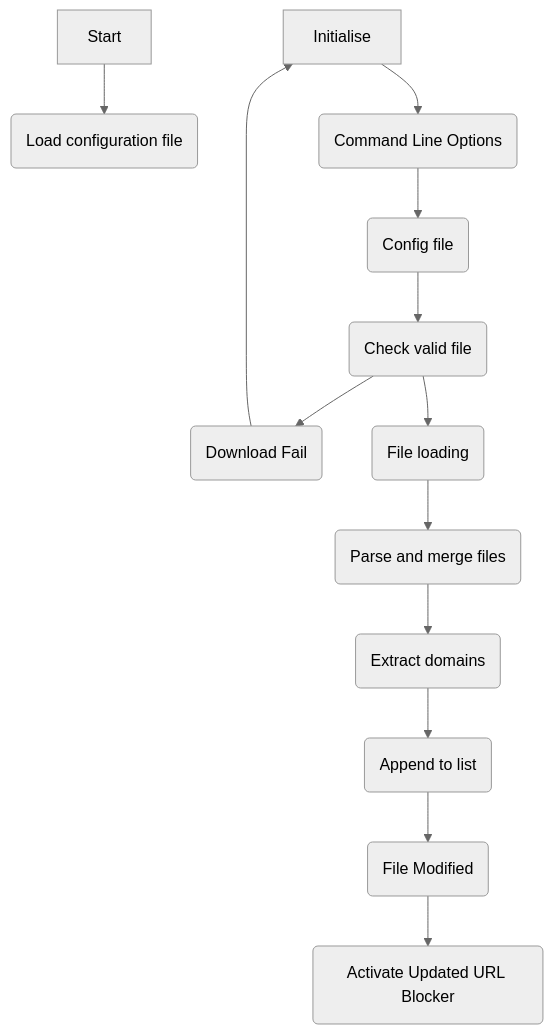
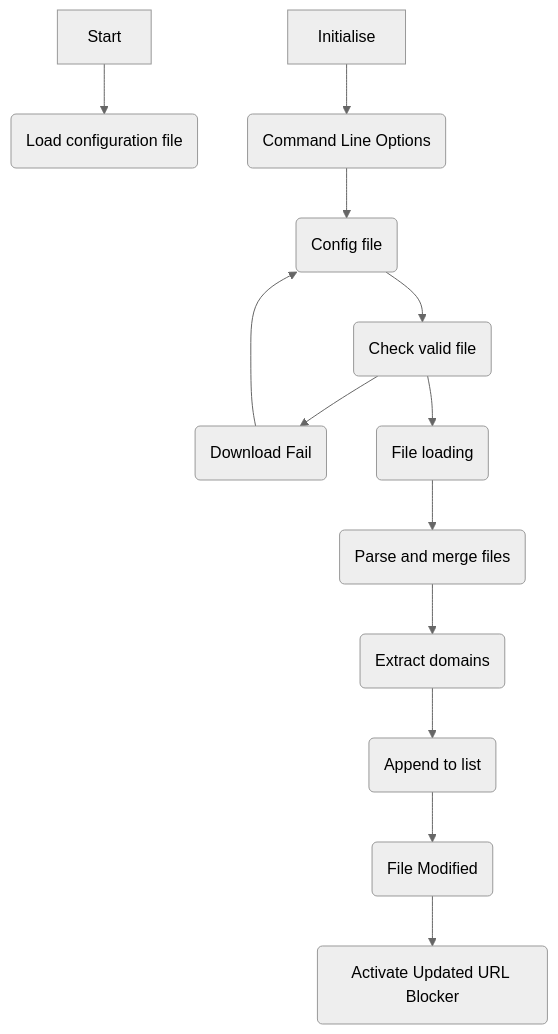
The diagram in URLBlocker.md (jarnaks/ICTPRG434AT2-Debugging), drawn with Mermaid (neutral theme) before and after one commit.

````diff
--- a/URLBlocker.md
+++ b/URLBlocker.md
@@ -1,15 +1,15 @@
 ```mermaid
 flowchart TD
     Start --> Initialize("Load configuration file")
     Initialise --> Parse-command-line-options("Command Line Options")
     Parse-command-line-options --> GetConfigFile("Config file")
     GetConfigFile --> Download-blocklist("Check valid file")
     Download-blocklist --> Download-fail("Download Fail")
     Download-blocklist --> Correct-file("File loading")
-    Download-fail --> Initialise
+    Download-fail --> GetConfigFile
     Correct-file --> Parse-merge("Parse and merge files")
     Parse-merge --> Regex("Extract domains")
     Regex --> CombineList("Append to list")
     CombineList --> ModifiedHostFile("File Modified")
     ModifiedHostFile --> End("Activate Updated URL Blocker") 
 ```
````
